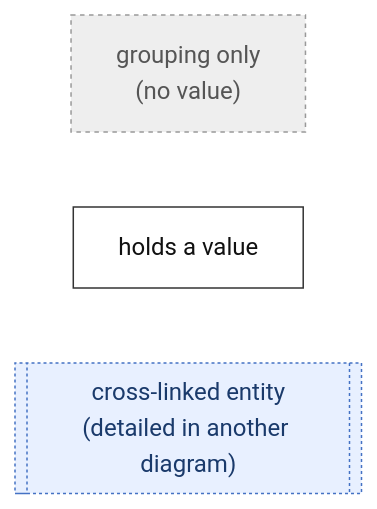
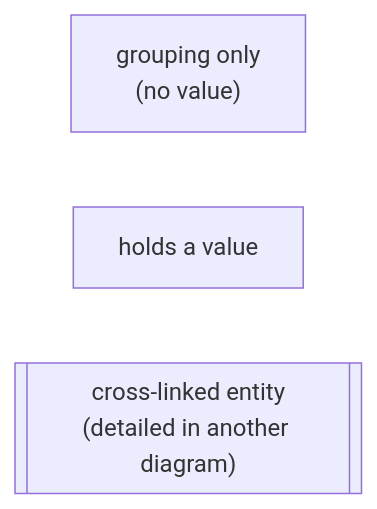
The first of 6 diagrams in ontology-files/base/articles-kb/articles-kb-core/README.md (smtifahim/TARA-Ontology-Repository), drawn with Mermaid before and after one commit. The commit also changed other lines of this file, not shown here.

````diff
--- a/ontology-files/base/articles-kb/articles-kb-core/README.md
+++ b/ontology-files/base/articles-kb/articles-kb-core/README.md
@@ -34,9 +34,9 @@
 ```mermaid
 flowchart LR
-    classDef group fill:#eee,stroke:#999,stroke-dasharray: 3 3,color:#555
-    classDef field fill:#ffffff,stroke:#333,color:#111
-    classDef linked fill:#e8f0ff,stroke:#4472c4,stroke-dasharray: 2 2,color:#1a3a6b
+   %% classDef group fill:#eee,stroke:#999,stroke-dasharray: 3 3,color:#555
+   %% classDef field fill:#ffffff,stroke:#333,color:#111
+   %% classDef linked fill:#e8f0ff,stroke:#4472c4,stroke-dasharray: 2 2,color:#1a3a6b
     G["grouping only<br/>(no value)"]:::group
     F["holds a value"]:::field
     L[["cross-linked entity<br/>(detailed in another diagram)"]]:::linked
 ```
````
